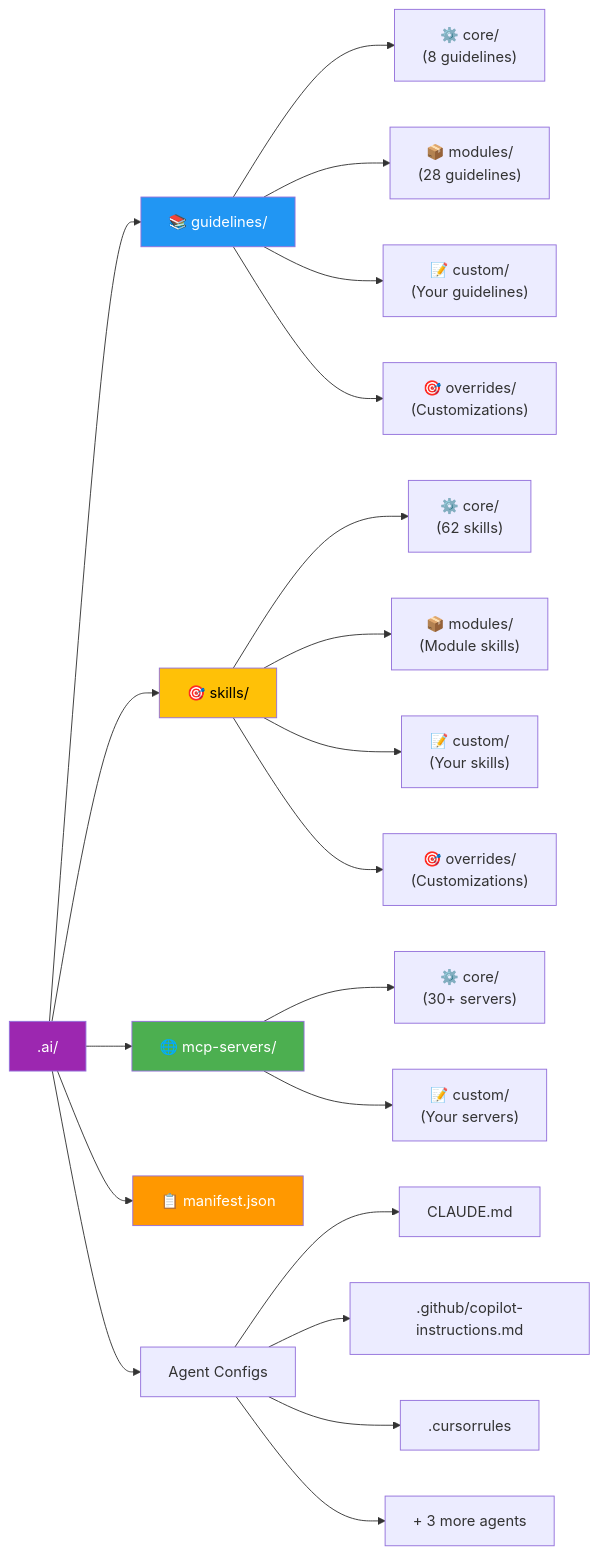
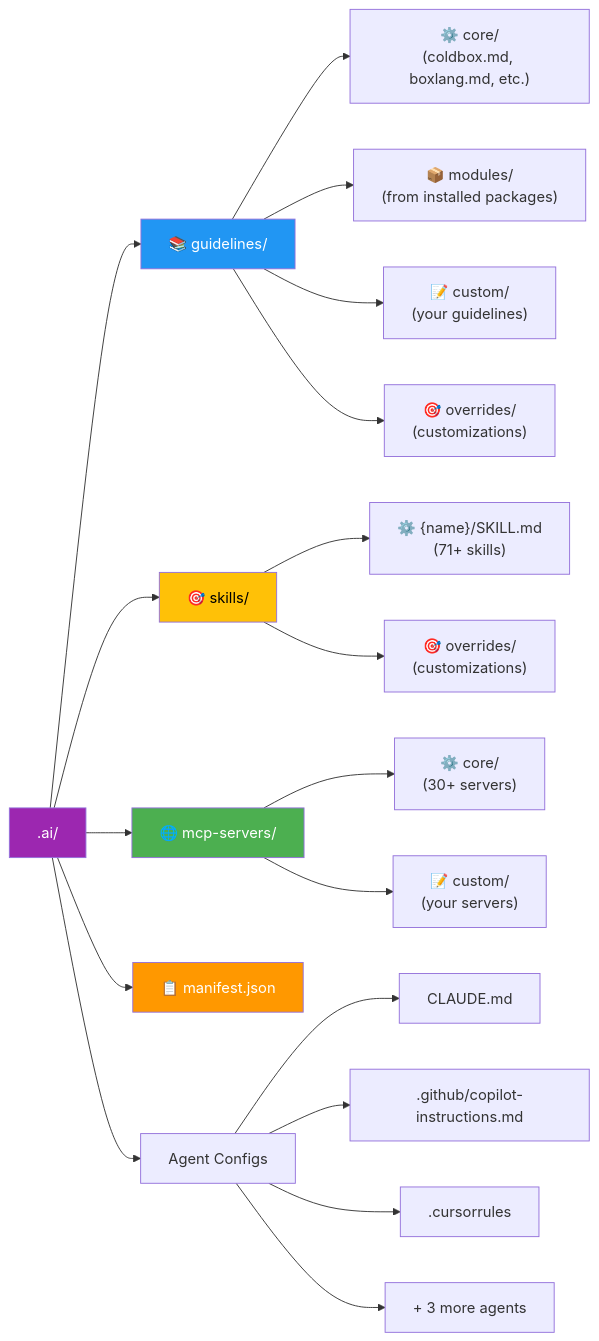
One commit to ortus-docs/coldbox-docs changed the third of 8 diagrams in digging-deeper/ai/agentic-coldbox.md. Above: the diagram before and after it, drawn with Mermaid. The commit also changed other lines of this file and 1 other file, not shown here.

````diff
--- a/digging-deeper/ai/agentic-coldbox.md
+++ b/digging-deeper/ai/agentic-coldbox.md
@@ -173,34 +178,32 @@
 ```mermaid
 graph LR
     Root[".ai/"]
 
     Root --> Guidelines["📚 guidelines/"]
     Root --> Skills["🎯 skills/"]
     Root --> MCP["🌐 mcp-servers/"]
     Root --> Manifest["📋 manifest.json"]
 
-    Guidelines --> GCore["⚙️ core/<br/>(8 guidelines)"]
-    Guidelines --> GModules["📦 modules/<br/>(28 guidelines)"]
-    Guidelines --> GCustom["📝 custom/<br/>(Your guidelines)"]
-    Guidelines --> GOverride["🎯 overrides/<br/>(Customizations)"]
+    Guidelines --> GCore["⚙️ core/\n(coldbox.md, boxlang.md, etc.)"]
+    Guidelines --> GModules["📦 modules/\n(from installed packages)"]
+    Guidelines --> GCustom["📝 custom/\n(your guidelines)"]
+    Guidelines --> GOverride["🎯 overrides/\n(customizations)"]
 
-    Skills --> SCore["⚙️ core/<br/>(62 skills)"]
-    Skills --> SModules["📦 modules/<br/>(Module skills)"]
-    Skills --> SCustom["📝 custom/<br/>(Your skills)"]
-    Skills --> SOverride["🎯 overrides/<br/>(Customizations)"]
+    Skills --> SSkills["⚙️ {name}/SKILL.md\n(71+ skills)"]
+    Skills --> SOverride["🎯 overrides/\n(customizations)"]
 
-    MCP --> MCPCore["⚙️ core/<br/>(30+ servers)"]
-    MCP --> MCPCustom["📝 custom/<br/>(Your servers)"]
+    MCP --> MCPCore["⚙️ core/\n(30+ servers)"]
+    MCP --> MCPCustom["📝 custom/\n(your servers)"]
 
     Root --> Agents["Agent Configs"]
     Agents --> Claude["CLAUDE.md"]
     Agents --> Copilot[".github/copilot-instructions.md"]
     Agents --> Cursor[".cursorrules"]
     Agents --> Other["+ 3 more agents"]
 
     style Root fill:#9c27b0,color:#fff
     style Guidelines fill:#2196f3,color:#fff
     style Skills fill:#ffc107,color:#000
     style MCP fill:#4caf50,color:#fff
     style Manifest fill:#ff9800,color:#fff
 ```
````
